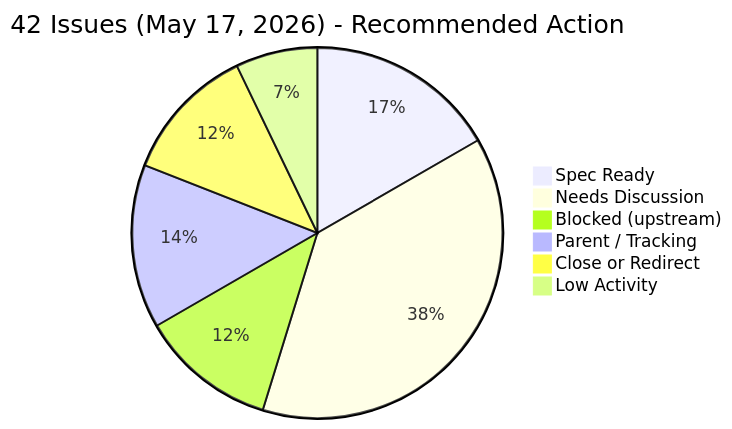
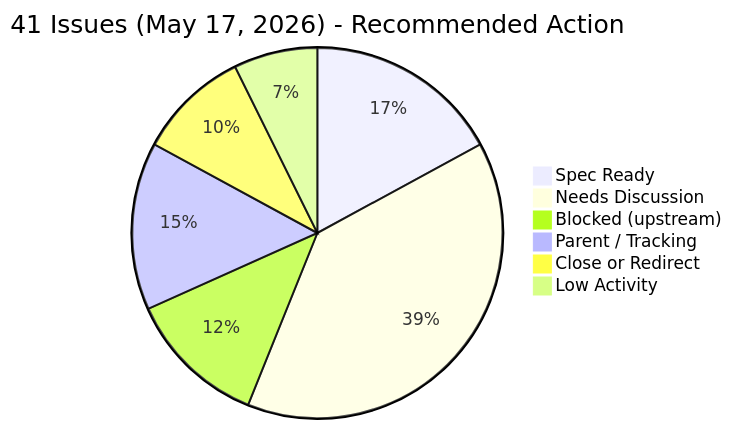
Before and after one commit to meshtastic/design: the first of 4 diagrams in standards/audits/community-alignment-matrix.md, drawn with Mermaid. The commit also changed other lines of this file, not shown here.

First line of the commit message:
fix: bar chart label overlap; remove #46 (transferred to Android) (#103)

````diff
--- a/standards/audits/community-alignment-matrix.md
+++ b/standards/audits/community-alignment-matrix.md
@@ -28,9 +28,9 @@
 ```mermaid
-pie title 42 Issues (May 17, 2026) - Recommended Action
+pie title 41 Issues (May 17, 2026) - Recommended Action
     "Spec Ready" : 7
     "Needs Discussion" : 16
     "Blocked (upstream)" : 5
     "Parent / Tracking" : 6
-    "Close or Redirect" : 5
+    "Close or Redirect" : 4
     "Low Activity" : 3
 ```
````
